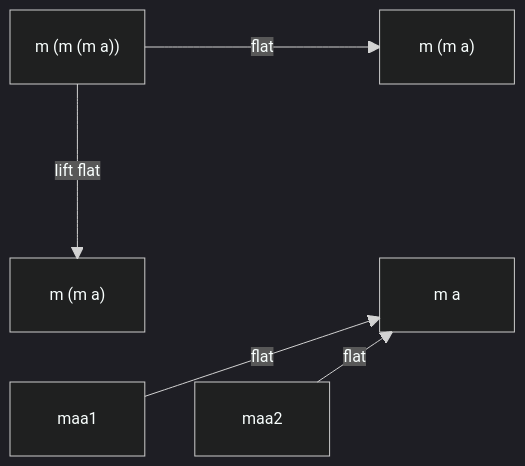
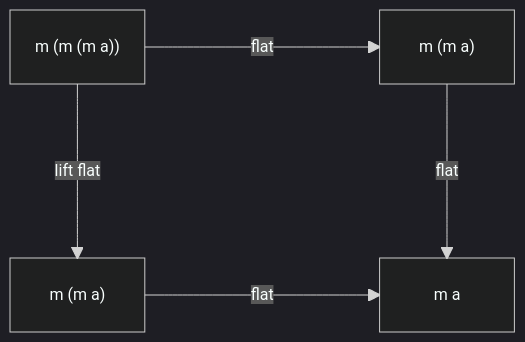
The fourth of 4 diagrams in momo.md (Juyoung35/category), drawn with Mermaid before and after one commit.

````diff
--- a/momo.md
+++ b/momo.md
@@ -138,20 +138,20 @@
 ```mermaid
 %%{
     init: {
         "theme": "dark",
         "block": {
             "padding": 50
         }
     }
 }%%
 block-beta
     columns 3
     mmma["m (m (m a))"] space mma1["m (m a)"]
     space:3
     mma2["m (m a)"] space ma["m a"]
 
     mmma --"flat     "--> mma1
     mmma --"lift flat"--> mma2
-    maa1 --"flat     "--> ma
-    maa2 --"flat     "--> ma
+    mma1 --"flat     "--> ma
+    mma2 --"flat     "--> ma
 ```
````
